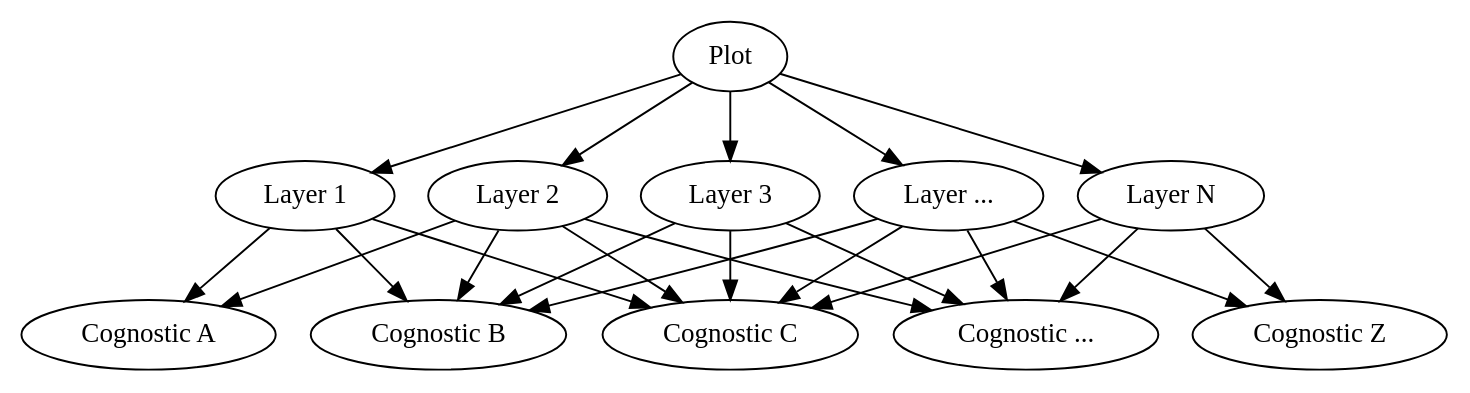
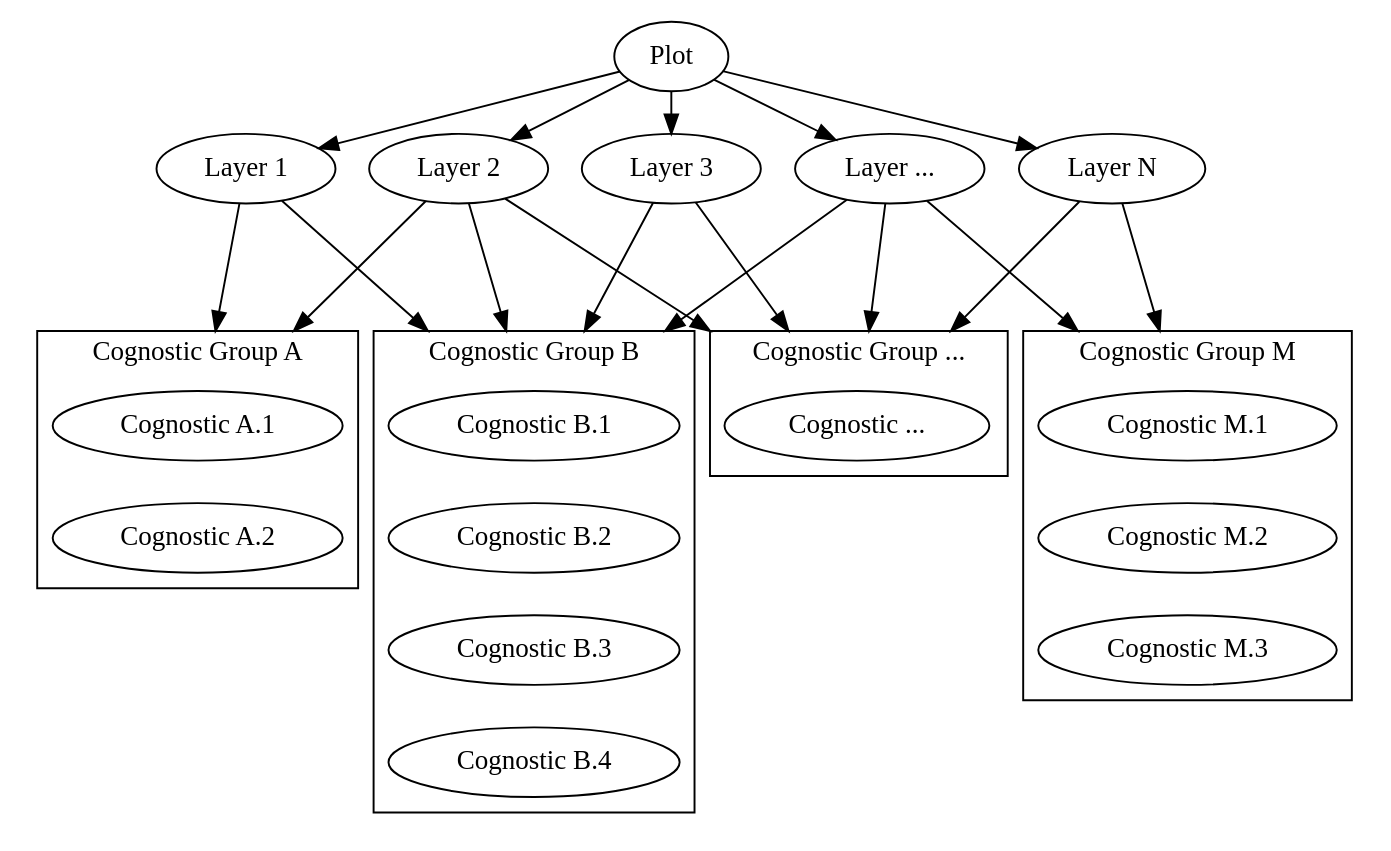
Before and after one commit to schloerke/thesis-schloerke: the diagram in dot/plot_layers.dot, drawn with Graphviz. The commit also changed 2 other files, not shown here.

Commit message:
update cog groups

```diff
--- a/dot/plot_layers.dot
+++ b/dot/plot_layers.dot
@@ -1,37 +1,89 @@
 digraph G {
+
+  compound = true;
+  splines = false;
+  ranksep= "0.3";
+
+  subgraph cluster_cogA {
+    label = "Cognostic Group A"
+    ranksep= "0.5";
+    cogA1 [label = "Cognostic A.1"];
+    cogA2 [label = "Cognostic A.2"];
+    cogA1 -> cogA2 [style=invis];
+  }
+
+  subgraph cluster_cogB {
+    label = "Cognostic Group B"
+    cogB1 [label = "Cognostic B.1"];
+    cogB2 [label = "Cognostic B.2"];
+    cogB3 [label = "Cognostic B.3"];
+    cogB4 [label = "Cognostic B.4"];
+    cogB1 -> cogB2 -> cogB3 -> cogB4 [style=invis];
+  }
+  /*subgraph cluster_cogC {
+    label = "Cognostic Group C"
+    cogC1 [label = "Cognostic C.1"];
+    cogC2 [label = "Cognostic C.2"];
+    cogC1 -> cogC2 [style=invis];
+  }*/
+  subgraph cluster_cogD {
+    label = "Cognostic Group ..."
+    cogD1 [label = "Cognostic ..."];
+  }
+  subgraph cluster_cogZ {
+    label = "Cognostic Group M"
+    cogZ1 [label = "Cognostic M.1"];
+    cogZ2 [label = "Cognostic M.2"];
+    cogZ3 [label = "Cognostic M.3"];
+    cogZ1 -> cogZ2 -> cogZ3 [style=invis];
+  }
+
   "Plot" -> "Layer 1"
   "Plot" -> "Layer 2"
   "Plot" -> "Layer 3"
   "Plot" -> "Layer ..."
   "Plot" -> "Layer N"
 
-  "Layer 1" -> "Cognostic A"
-  "Layer 1" -> "Cognostic B"
-  "Layer 1" -> "Cognostic C"
-  /*"Layer 1" -> "Cognostic ..."*/
-  /*"Layer 1" -> "Cognostic Z"*/
 
-  "Layer 2" -> "Cognostic A"
-  "Layer 2" -> "Cognostic B"
-  "Layer 2" -> "Cognostic C"
-  "Layer 2" -> "Cognostic ..."
-  /*"Layer 2" -> "Cognostic Z"*/
+  "Layer 1" -> cogA1 [lhead=cluster_cogA];
+  "Layer 1" -> cogB1 [lhead=cluster_cogB];
+  /*"Layer 1" -> cogC1 [lhead=cluster_cogC];*/
+  /*"Layer 1" -> cogD1 [lhead=cluster_cogD];*/
+  /*"Layer 1" -> cogZ1 [lhead=cluster_cogZ]; */
 
-  /*"Layer 3" -> "Cognostic A"*/
-  "Layer 3" -> "Cognostic B"
-  "Layer 3" -> "Cognostic C"
-  "Layer 3" -> "Cognostic ..."
-  /*"Layer 3" -> "Cognostic Z"*/
+  "Layer 2" -> cogA1 [lhead=cluster_cogA];
+  "Layer 2" -> cogB1 [lhead=cluster_cogB];
+  /*"Layer 2" -> cogC1 [lhead=cluster_cogC];*/
+  "Layer 2" -> cogD1 [lhead=cluster_cogD];
+  /*"Layer 2" -> cogZ1 [lhead=cluster_cogZ];*/
 
-  /*"Layer ..." -> "Cognostic A"*/
-  "Layer ..." -> "Cognostic B"
-  "Layer ..." -> "Cognostic C"
-  "Layer ..." -> "Cognostic ..."
-  "Layer ..." -> "Cognostic Z"
+  /*"Layer 3" -> cogA1 [lhead=cluster_cogA];*/
+  "Layer 3" -> cogB1 [lhead=cluster_cogB];
+  /*"Layer 3" -> cogC1 [lhead=cluster_cogC];*/
+  "Layer 3" -> cogD1 [lhead=cluster_cogD];
+  /*"Layer 3" -> cogZ1 [lhead=cluster_cogZ];*/
 
-  /*"Layer N" -> "Cognostic A"
-  "Layer N" -> "Cognostic B"*/
-  "Layer N" -> "Cognostic C"
-  "Layer N" -> "Cognostic ..."
-  "Layer N" -> "Cognostic Z"
+  /*"Layer ..." -> cogA1 [lhead=cluster_cogA];*/
+  "Layer ..." -> cogB1 [lhead=cluster_cogB];
+  /*"Layer ..." -> cogC1 [lhead=cluster_cogC];*/
+  "Layer ..." -> cogD1 [lhead=cluster_cogD];
+  "Layer ..." -> cogZ1 [lhead=cluster_cogZ];
+
+  /*"Layer N" -> cogA1 [lhead=cluster_cogA];
+  "Layer N" -> cogB1 [lhead=cluster_cogB];*/
+  /*"Layer N" -> cogC1 [lhead=cluster_cogC];*/
+  "Layer N" -> cogD1 [lhead=cluster_cogD];
+  "Layer N" -> cogZ1 [lhead=cluster_cogZ];
+
+  "Layer 1" -> A [style=invis];
+  "Layer 2" -> A [style=invis];
+  "Layer 3" -> A [style=invis];
+  "Layer ..." -> A [style=invis];
+  "Layer N" -> A [style=invis];
+  A -> cogA1 [style=invis];
+  A -> cogB1 [style=invis];
+  /*A -> cogC1 [style=invis];*/
+  A -> cogD1 [style=invis];
+  A -> cogZ1 [style=invis];
+  A  [style=invis];
 }
```
